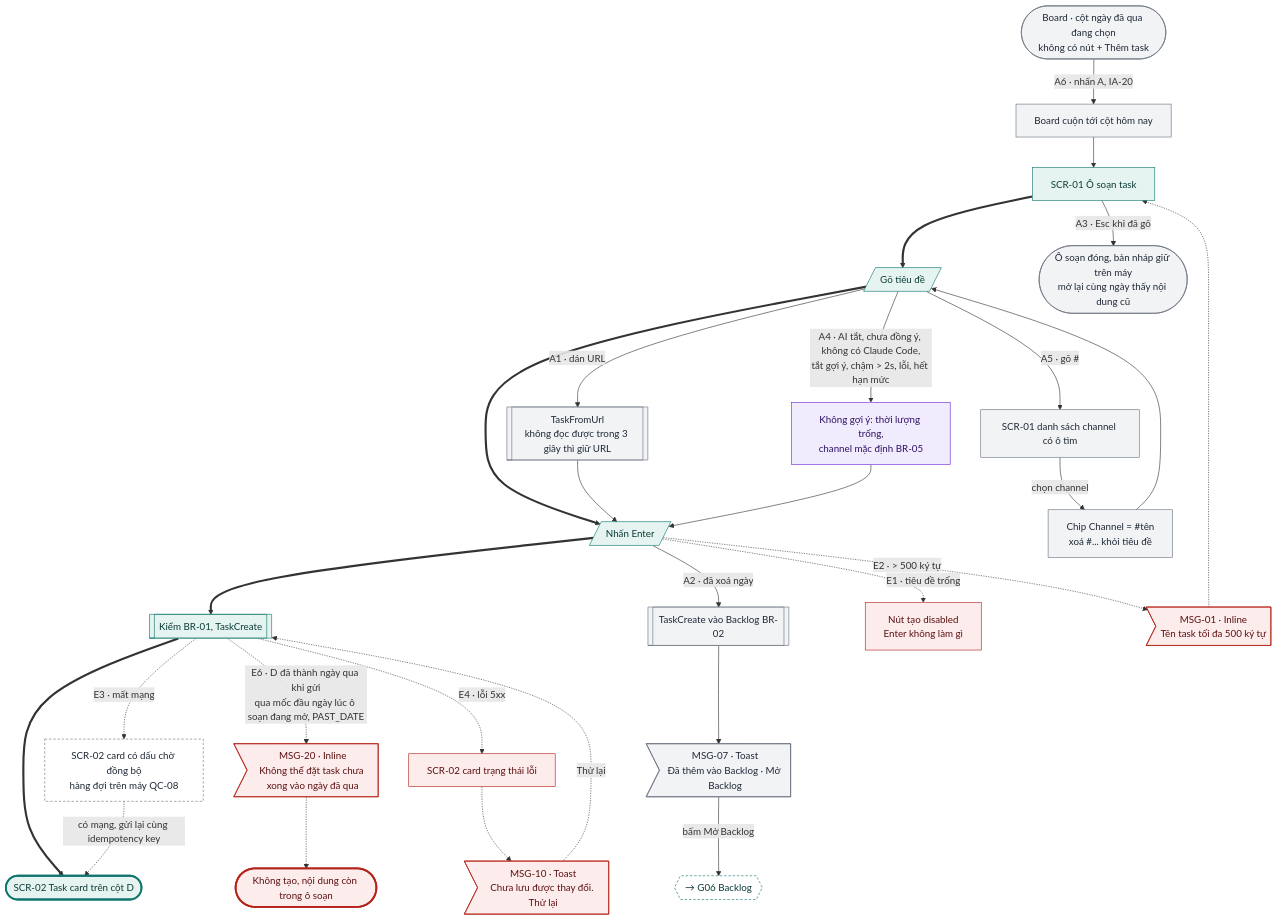
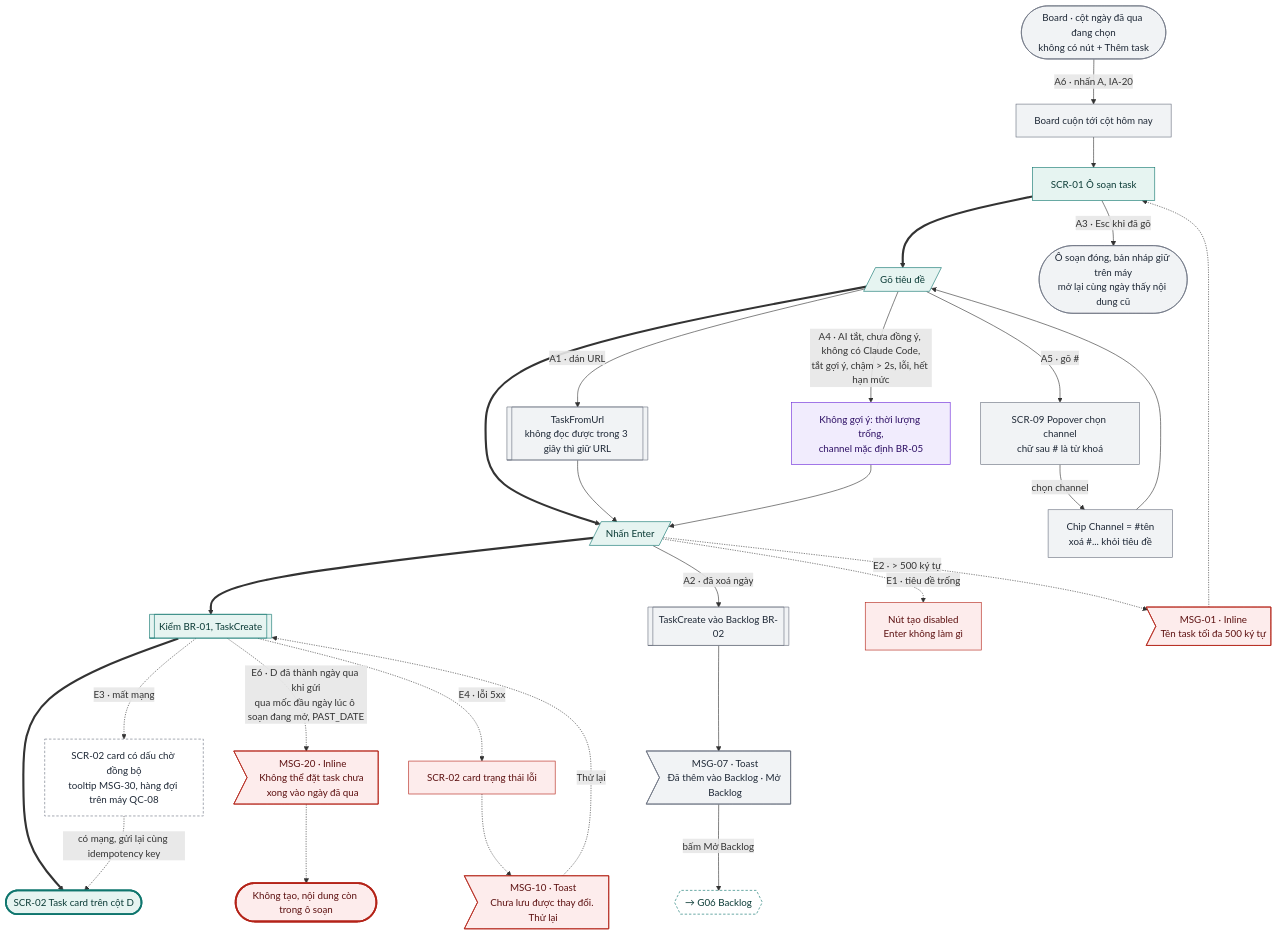
One commit to tannguyenho/personal-app changed the second of 15 diagrams in docs/design-brief/flow/g02-quan-ly-task.md. Above: the diagram before and after it, drawn with Mermaid. The commit also changed other lines of this file and 9 other files, not shown here.

````diff
--- a/docs/design-brief/flow/g02-quan-ly-task.md
+++ b/docs/design-brief/flow/g02-quan-ly-task.md
@@ -59,53 +59,53 @@
 ```mermaid
 flowchart TD
   s1["SCR-01 Ô soạn task"]
   u2[/"Gõ tiêu đề"/]
   u3[/"Nhấn Enter"/]
   p2[["Kiểm BR-01, TaskCreate"]]
   ok(["SCR-02 Task card trên cột D"])
 
   s1 ==> u2 ==> u3 ==> p2 ==> ok
 
   u2 -->|"A1 · dán URL"| a1[["TaskFromUrl<br/>không đọc được trong 3 giây thì giữ URL"]]
   a1 --> u3
-  u2 -->|"A5 · gõ #"| a5["SCR-01 danh sách channel có ô tìm"]
+  u2 -->|"A5 · gõ #"| a5["SCR-09 Popover chọn channel<br/>chữ sau # là từ khoá"]
   a5 -->|"chọn channel"| a5b["Chip Channel = #tên<br/>xoá #... khỏi tiêu đề"]
   a5b --> u2
   u2 -->|"A4 · AI tắt, chưa đồng ý, không có Claude Code,<br/>tắt gợi ý, chậm > 2s, lỗi, hết hạn mức"| a4["Không gợi ý: thời lượng trống,<br/>channel mặc định BR-05"]
   a4 --> u3
   u3 -->|"A2 · đã xoá ngày"| a2[["TaskCreate vào Backlog BR-02"]]
   a2 --> a2m>"MSG-07 · Toast<br/>Đã thêm vào Backlog · Mở Backlog"]
   a2m -->|"bấm Mở Backlog"| a2x{{"→ G06 Backlog"}}
   s1 -->|"A3 · Esc khi đã gõ"| a3(["Ô soạn đóng, bản nháp giữ trên máy<br/>mở lại cùng ngày thấy nội dung cũ"])
   past(["Board · cột ngày đã qua đang chọn<br/>không có nút + Thêm task"]) -->|"A6 · nhấn A, IA-20"| a6["Board cuộn tới cột hôm nay"]
   a6 --> s1
 
   u3 -.->|"E1 · tiêu đề trống"| e1["Nút tạo disabled<br/>Enter không làm gì"]
   u3 -.->|"E2 · > 500 ký tự"| e2m>"MSG-01 · Inline<br/>Tên task tối đa 500 ký tự"]
   e2m -.-> s1
   p2 -.->|"E6 · D đã thành ngày qua khi gửi<br/>qua mốc đầu ngày lúc ô soạn đang mở, PAST_DATE"| e6m>"MSG-20 · Inline<br/>Không thể đặt task chưa xong vào ngày đã qua"]
   e6m -.-> fail(["Không tạo, nội dung còn trong ô soạn"])
-  p2 -.->|"E3 · mất mạng"| e3["SCR-02 card có dấu chờ đồng bộ<br/>hàng đợi trên máy QC-08"]
+  p2 -.->|"E3 · mất mạng"| e3["SCR-02 card có dấu chờ đồng bộ<br/>tooltip MSG-30, hàng đợi trên máy QC-08"]
   e3 -.->|"có mạng, gửi lại cùng idempotency key"| ok
   p2 -.->|"E4 · lỗi 5xx"| e4["SCR-02 card trạng thái lỗi"]
   e4 -.-> e4m>"MSG-10 · Toast<br/>Chưa lưu được thay đổi. Thử lại"]
   e4m -.->|"Thử lại"| p2
 
   class s1,u2,u3,p2 happy
   class a1,a5,a5b,a2,a2m,a3,past,a6 alt
   class a4 ai
   class a2x link
   class e1,e2m,e6m,e4,e4m err
   class e3 sync
   class ok done
   class fail fail
   classDef happy fill:#E6F4F1,stroke:#0F766E,color:#0B3B36
   classDef alt fill:#F1F3F5,stroke:#6B7280,color:#1F2937
   classDef err fill:#FDECEC,stroke:#B42318,color:#5C1010
   classDef warn fill:#FEF4E2,stroke:#B45309,color:#4A2604
   classDef ai fill:#F1ECFD,stroke:#6D28D9,color:#2E1065
   classDef sync fill:#FFFFFF,stroke:#6B7280,stroke-dasharray:4 3,color:#1F2937
   classDef link fill:#FFFFFF,stroke:#0F766E,stroke-dasharray:4 3,color:#0B3B36
   classDef done fill:#E6F4F1,stroke:#0F766E,stroke-width:3px,color:#0B3B36
   classDef fail fill:#FDECEC,stroke:#B42318,stroke-width:3px,color:#5C1010
 ```
````
